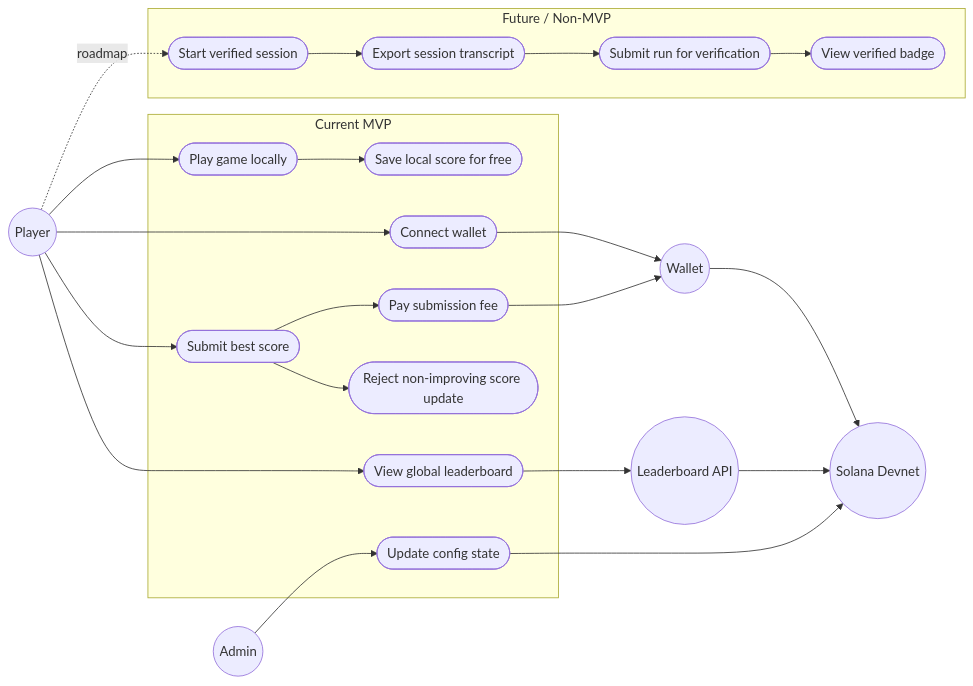
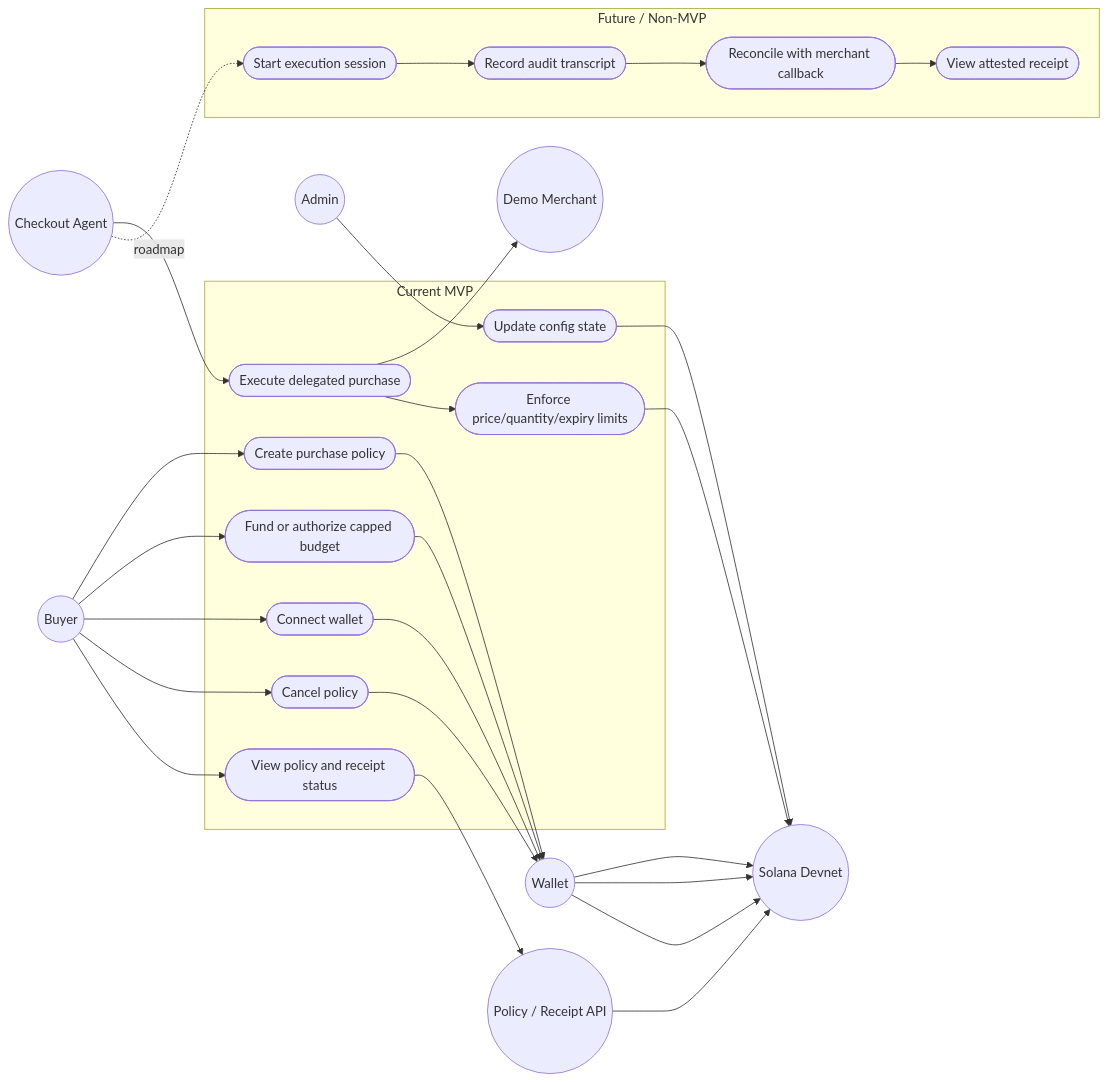
The diagram in docs/diagrams/use-case.md (watsoncsulahack/solana-private-microprompt), drawn with Mermaid before and after one commit. The commit also changed 10 other files, not shown here.

````diff
--- a/docs/diagrams/use-case.md
+++ b/docs/diagrams/use-case.md
@@ -3,35 +3,39 @@
 ```mermaid
 flowchart LR
-  Player((Player))
+  Buyer((Buyer))
+  Agent((Checkout Agent))
   Admin((Admin))
   Wallet((Wallet))
   Chain((Solana Devnet))
-  API((Leaderboard API))
+  Merchant((Demo Merchant))
+  API((Policy / Receipt API))
 
   subgraph MVP[Current MVP]
-    U1([Play game locally])
-    U2([Save local score for free])
+    U1([Create purchase policy])
+    U2([Fund or authorize capped budget])
     U3([Connect wallet])
-    U4([Submit best score])
-    U5([Pay submission fee])
-    U6([Reject non-improving score update])
-    U7([View global leaderboard])
+    U4([Execute delegated purchase])
+    U5([Enforce price/quantity/expiry limits])
+    U6([Cancel policy])
+    U7([View policy and receipt status])
     U8([Update config state])
   end
 
   subgraph FUTURE[Future / Non-MVP]
-    F1([Start verified session])
-    F2([Export session transcript])
-    F3([Submit run for verification])
-    F4([View verified badge])
+    F1([Start execution session])
+    F2([Record audit transcript])
+    F3([Reconcile with merchant callback])
+    F4([View attested receipt])
   end
 
-  Player --> U1 --> U2
-  Player --> U3 --> Wallet
-  Player --> U4 --> U5 --> Wallet --> Chain
-  U4 --> U6
-  Player --> U7 --> API --> Chain
+  Buyer --> U1 --> Wallet --> Chain
+  Buyer --> U2 --> Wallet --> Chain
+  Buyer --> U3 --> Wallet
+  Agent --> U4 --> Merchant
+  U4 --> U5 --> Chain
+  Buyer --> U6 --> Wallet --> Chain
+  Buyer --> U7 --> API --> Chain
   Admin --> U8 --> Chain
 
-  Player -. roadmap .-> F1 --> F2 --> F3 --> F4
+  Agent -. roadmap .-> F1 --> F2 --> F3 --> F4
 ```
````
